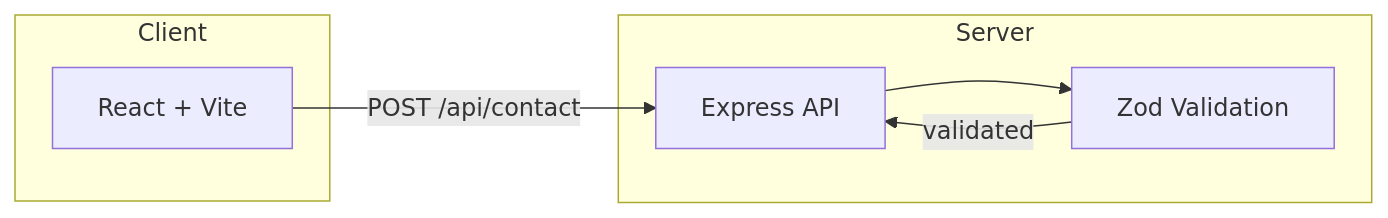
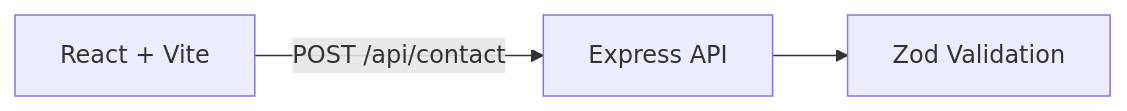
One commit to mthsdaher/mthsdaher changed the first of 3 diagrams in README.md. Above: the diagram before and after it, drawn with Mermaid. The commit also changed other lines of this file, not shown here.

````diff
--- a/README.md
+++ b/README.md
@@ -17,15 +20,5 @@
 ```mermaid
 flowchart LR
-    subgraph Client
-        A[React + Vite]
-    end
-
-    subgraph Server
-        B[Express API]
-        C[Zod Validation]
-    end
-
-    A -->|POST /api/contact| B
-    B --> C
-    C -->|validated| B
+    A[React + Vite] -->|POST /api/contact| B[Express API]
+    B --> C[Zod Validation]
 ```
````
